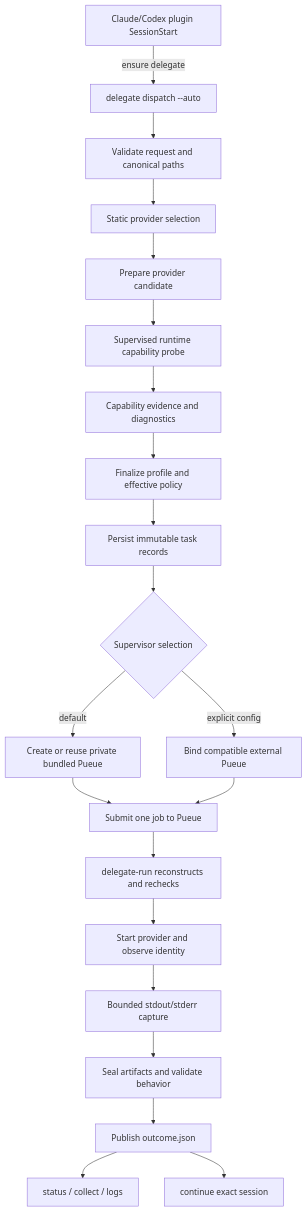
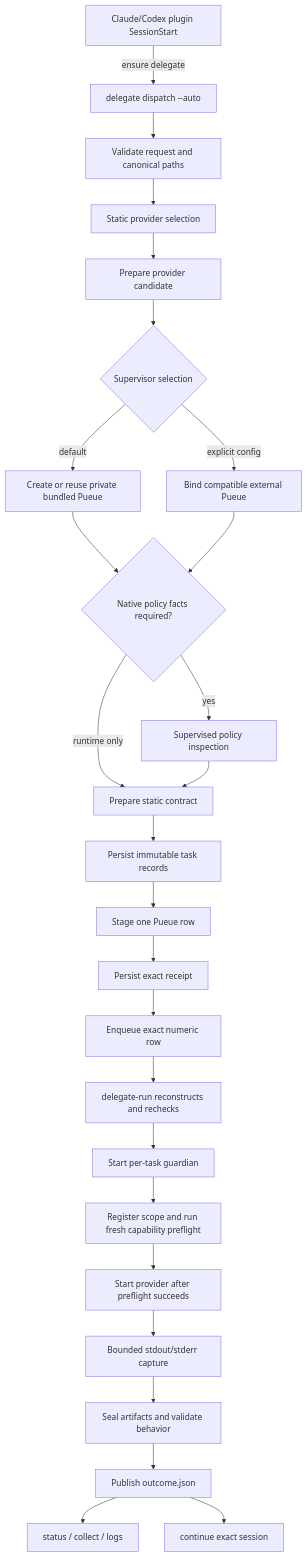
The diagram in docs/architecture.md (hishamkaram/delegation-layer), drawn with Mermaid before and after one commit. The commit also changed other lines of this file and 370 other files, not shown here.

First line of the commit message:
Harden supervisor recovery and task lifetimes (#62)

````diff
--- a/docs/architecture.md
+++ b/docs/architecture.md
@@ -8,23 +8,28 @@
 ```mermaid
 flowchart TD
     BOOT[Claude/Codex plugin SessionStart] -->|ensure delegate| A[delegate dispatch --auto]
     A --> B[Validate request and canonical paths]
     B --> C[Static provider selection]
     C --> D[Prepare provider candidate]
-    D --> E[Supervised runtime capability probe]
-    E --> F[Capability evidence and diagnostics]
-    F --> G[Finalize profile and effective policy]
-    G --> H[Persist immutable task records]
-    H --> I{Supervisor selection}
+    D --> I{Supervisor selection}
     I -->|default| J[Create or reuse private bundled Pueue]
     I -->|explicit config| J2[Bind compatible external Pueue]
-    J --> K[Submit one job to Pueue]
-    J2 --> K
-    K --> L[delegate-run reconstructs and rechecks]
-    L --> M[Start provider and observe identity]
-    M --> N[Bounded stdout/stderr capture]
+    J --> E{Native policy facts required?}
+    J2 --> E
+    E -->|yes| F[Supervised policy inspection]
+    E -->|runtime only| G[Prepare static contract]
+    F --> G
+    G --> H[Persist immutable task records]
+    H --> K[Stage one Pueue row]
+    K --> K2[Persist exact receipt]
+    K2 --> K3[Enqueue exact numeric row]
+    K3 --> L[delegate-run reconstructs and rechecks]
+    L --> M[Start per-task guardian]
+    M --> M2[Register scope and run fresh capability preflight]
+    M2 --> M3[Start provider after preflight succeeds]
+    M3 --> N[Bounded stdout/stderr capture]
     N --> O[Seal artifacts and validate behavior]
     O --> P[Publish outcome.json]
     P --> Q[status / collect / logs]
     P --> R[continue exact session]
 ```
````
